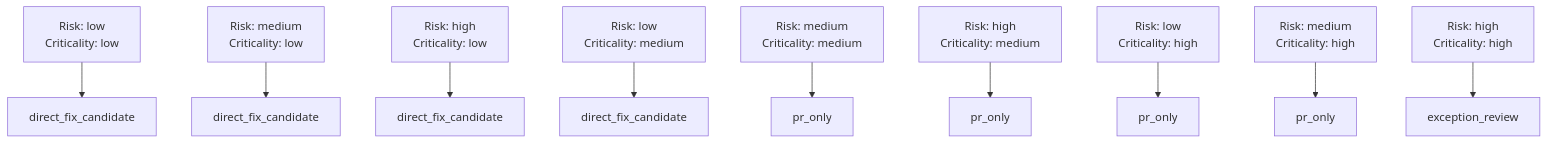
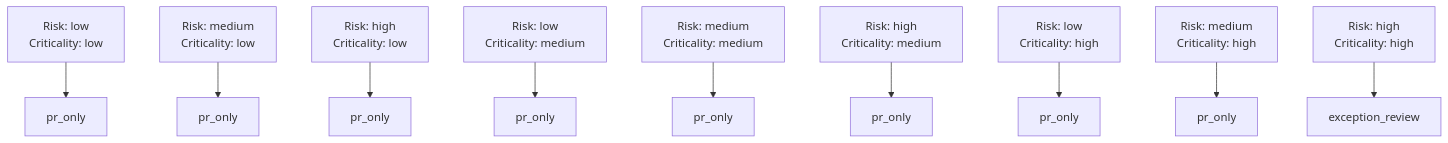
One commit to marcoIbrahim0/awsautopilot changed the first of 2 diagrams in docs/features/recommendation-mode-matrix.md. Above: the diagram before and after it, drawn with Mermaid. The commit also changed other lines of this file and 3485 other files, not shown here.

````diff
--- a/docs/features/recommendation-mode-matrix.md
+++ b/docs/features/recommendation-mode-matrix.md
@@ -54,12 +56,12 @@
 ```mermaid
 flowchart TD
-    A["Risk: low<br/>Criticality: low"] --> A1["direct_fix_candidate"]
-    B["Risk: medium<br/>Criticality: low"] --> B1["direct_fix_candidate"]
-    C["Risk: high<br/>Criticality: low"] --> C1["direct_fix_candidate"]
-    D["Risk: low<br/>Criticality: medium"] --> D1["direct_fix_candidate"]
+    A["Risk: low<br/>Criticality: low"] --> A1["pr_only"]
+    B["Risk: medium<br/>Criticality: low"] --> B1["pr_only"]
+    C["Risk: high<br/>Criticality: low"] --> C1["pr_only"]
+    D["Risk: low<br/>Criticality: medium"] --> D1["pr_only"]
     E["Risk: medium<br/>Criticality: medium"] --> E1["pr_only"]
     F["Risk: high<br/>Criticality: medium"] --> F1["pr_only"]
     G["Risk: low<br/>Criticality: high"] --> G1["pr_only"]
     H["Risk: medium<br/>Criticality: high"] --> H1["pr_only"]
     I["Risk: high<br/>Criticality: high"] --> I1["exception_review"]
 ```
````
